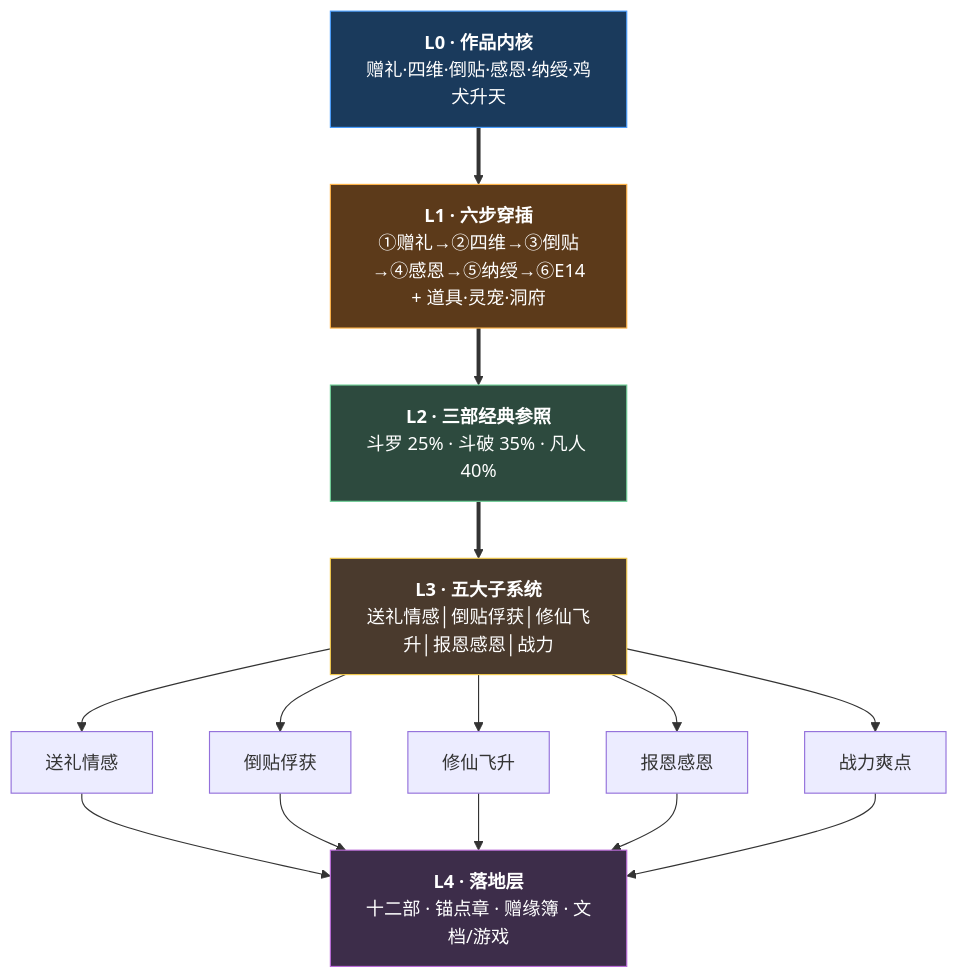
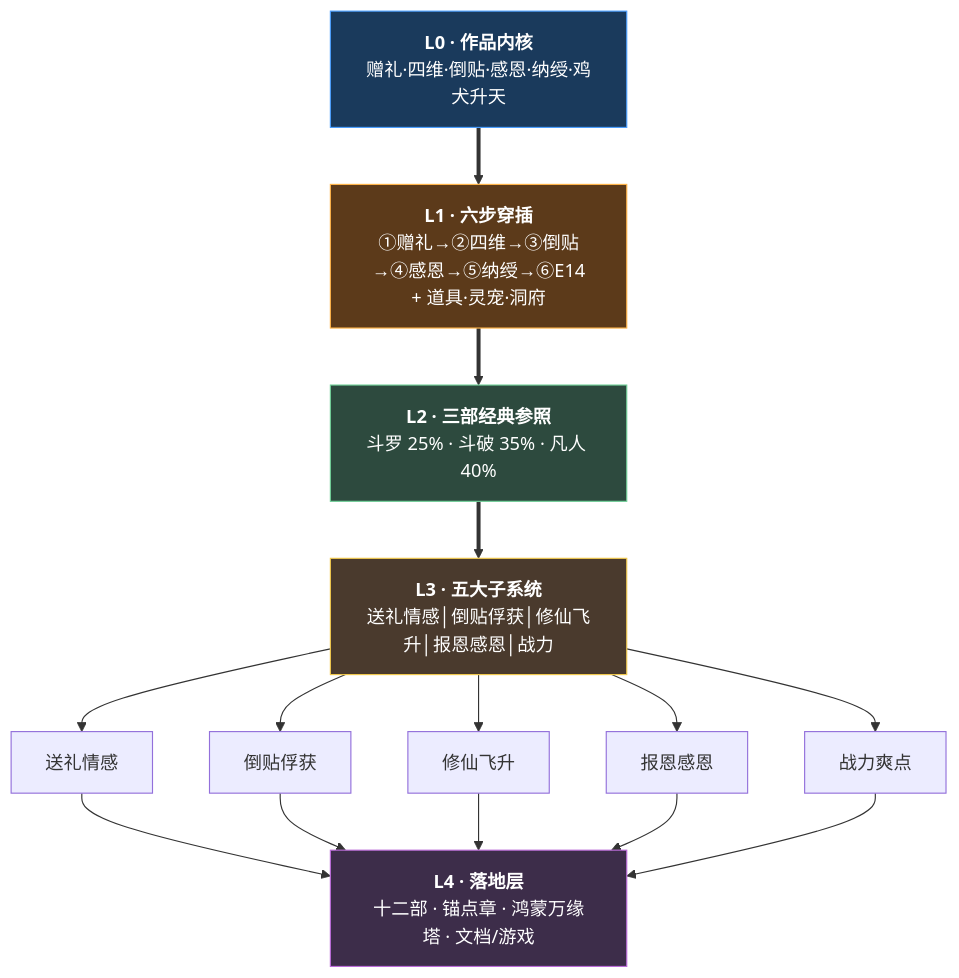
The first of 12 diagrams in docs/还礼仙翁传/00-整体层次结构图.md (holyjing88/NovelProject), drawn with Mermaid before and after one commit. The commit also changed other lines of this file and 420 other files, not shown here.

````diff
--- a/docs/还礼仙翁传/00-整体层次结构图.md
+++ b/docs/还礼仙翁传/00-整体层次结构图.md
@@ -47,32 +48,32 @@
 ```mermaid
 flowchart TB
     L0["<b>L0 · 作品内核</b><br/>赠礼·四维·倒贴·感恩·纳绶·鸡犬升天"]
 
     L1["<b>L1 · 六步穿插</b><br/>①赠礼→②四维→③倒贴→④感恩→⑤纳绶→⑥E14<br/>+ 道具·灵宠·洞府"]
 
     L2["<b>L2 · 三部经典参照</b><br/>斗罗 25% · 斗破 35% · 凡人 40%"]
 
     L3["<b>L3 · 五大子系统</b><br/>送礼情感│倒贴俘获│修仙飞升│报恩感恩│战力"]
 
     L0 ==> L1 ==> L2 ==> L3
 
     L3 --> X1["送礼情感"]
     L3 --> X2["倒贴俘获"]
     L3 --> X3["修仙飞升"]
     L3 --> X4["报恩感恩"]
     L3 --> X5["战力爽点"]
 
     X1 --> L4
     X2 --> L4
     X3 --> L4
     X4 --> L4
     X5 --> L4
 
-    L4["<b>L4 · 落地层</b><br/>十二部 · 锚点章 · 赠缘簿 · 文档/游戏"]
+    L4["<b>L4 · 落地层</b><br/>十二部 · 锚点章 · 鸿蒙万缘塔 · 文档/游戏"]
 
     style L0 fill:#1a3a5c,color:#fff,stroke:#4a9eff
     style L1 fill:#5c3a1a,color:#fff,stroke:#ffb347
     style L2 fill:#2d4a3e,color:#fff,stroke:#6fcf97
     style L3 fill:#4a3a2d,color:#fff,stroke:#f2c94c
     style L4 fill:#3d2d4a,color:#fff,stroke:#bb6bd9
 ```
````
